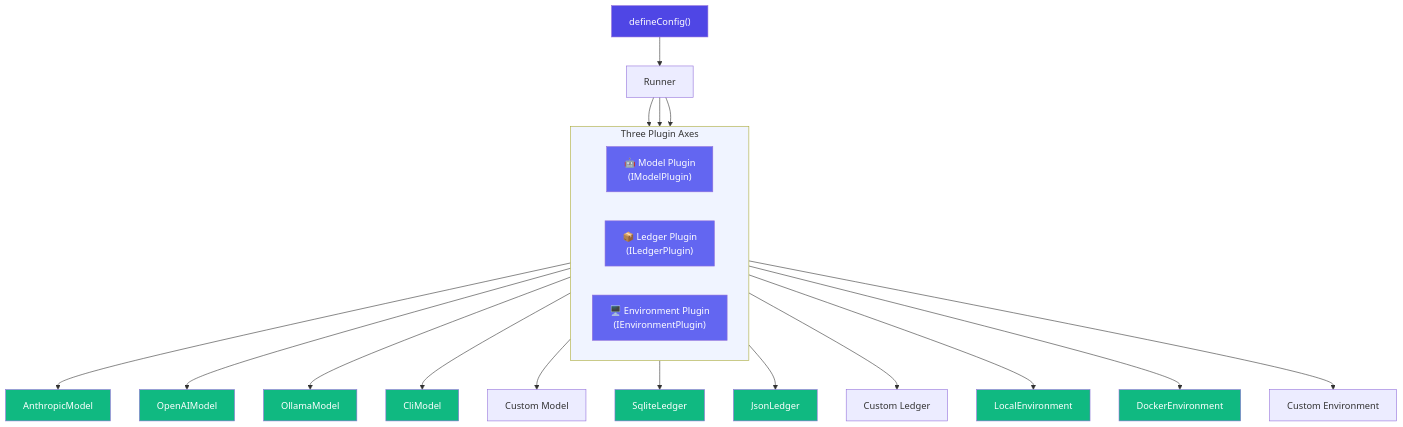
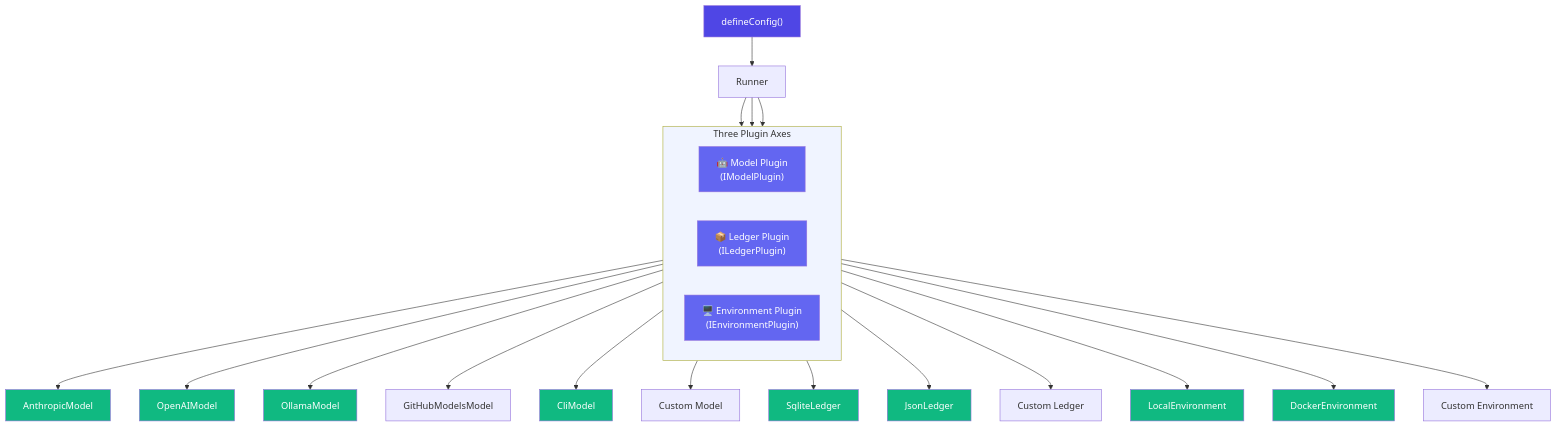
The first of 3 diagrams in apps/docs/guide/plugins.md (Tlahey/agent-eval), drawn with Mermaid before and after one commit. The commit also changed other lines of this file and 12 other files, not shown here.

First line of the commit message:
feat(llm): add GitHubModelsModel plugin with tools and ModelSettings (#17)

````diff
--- a/apps/docs/guide/plugins.md
+++ b/apps/docs/guide/plugins.md
@@ -7,43 +7,44 @@
 ```mermaid
 flowchart TB
     CONFIG["defineConfig()"] --> RUNNER["Runner"]
 
     subgraph Plugins["Three Plugin Axes"]
         direction LR
         MODEL["🤖 Model Plugin<br/>(IModelPlugin)"]
         LEDGER["📦 Ledger Plugin<br/>(ILedgerPlugin)"]
         ENV["🖥️ Environment Plugin<br/>(IEnvironmentPlugin)"]
     end
 
     RUNNER --> MODEL
     RUNNER --> LEDGER
     RUNNER --> ENV
 
     MODEL --> AN["AnthropicModel"]
     MODEL --> OA["OpenAIModel"]
     MODEL --> OL["OllamaModel"]
+    MODEL --> GH["GitHubModelsModel"]
     MODEL --> CL["CliModel"]
     MODEL --> CM["Custom Model"]
 
     LEDGER --> SQ["SqliteLedger"]
     LEDGER --> JS["JsonLedger"]
     LEDGER --> CU["Custom Ledger"]
 
     ENV --> LE["LocalEnvironment"]
     ENV --> DE["DockerEnvironment"]
     ENV --> CE["Custom Environment"]
 
     style CONFIG fill:#4f46e5,color:#fff
     style Plugins fill:#f0f4ff
     style MODEL fill:#6366f1,color:#fff
     style LEDGER fill:#6366f1,color:#fff
     style ENV fill:#6366f1,color:#fff
     style AN fill:#10b981,color:#fff
     style OA fill:#10b981,color:#fff
     style OL fill:#10b981,color:#fff
     style CL fill:#10b981,color:#fff
     style SQ fill:#10b981,color:#fff
     style JS fill:#10b981,color:#fff
     style LE fill:#10b981,color:#fff
     style DE fill:#10b981,color:#fff
 ```
````
